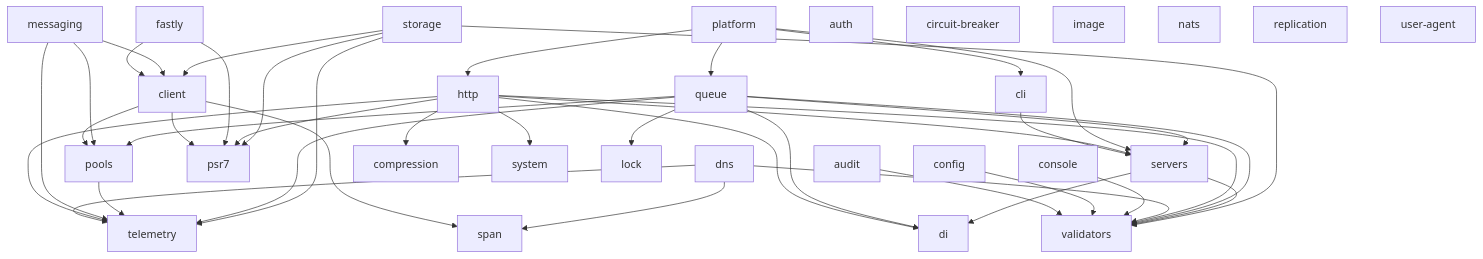
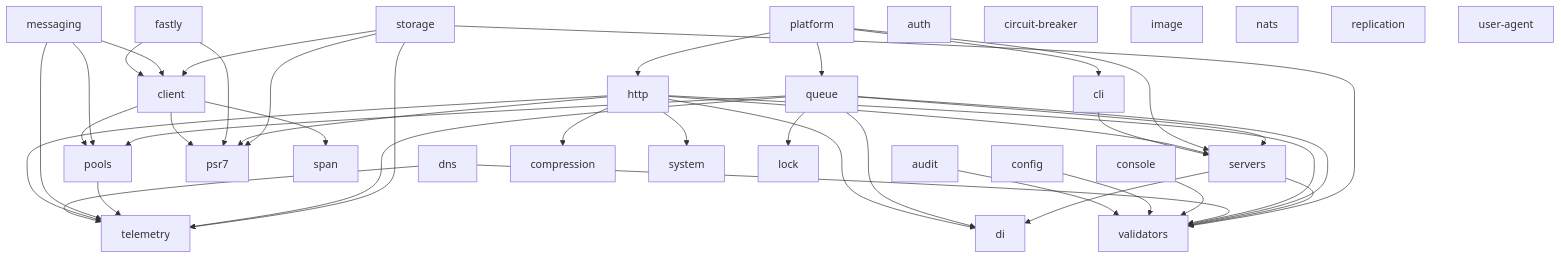
The diagram in README.md (utopia-php/monorepo), drawn with Mermaid before and after one commit. The commit also changed 5 other files, not shown here.

First line of the commit message:
Drop utopia-php/span from dns

````diff
--- a/README.md
+++ b/README.md
@@ -48,48 +48,47 @@
 ```mermaid
 graph TD
     audit --> validators
     cli --> servers
     client --> pools
     client --> psr7
     client --> span
     config --> validators
     console --> validators
-    dns --> span
     dns --> telemetry
     dns --> validators
     fastly --> client
     fastly --> psr7
     http --> di
     http --> servers
     http --> compression
     http --> psr7
     http --> telemetry
     http --> validators
     http --> system
     messaging --> client
     messaging --> pools
     messaging --> telemetry
     platform --> cli
     platform --> http
     platform --> queue
     platform --> servers
     pools --> telemetry
     queue --> di
     queue --> lock
     queue --> servers
     queue --> pools
     queue --> telemetry
     queue --> validators
     servers --> di
     servers --> validators
     storage --> telemetry
     storage --> validators
     storage --> client
     storage --> psr7
     auth
     circuit-breaker
     image
     nats
     replication
     user-agent
 ```
````
